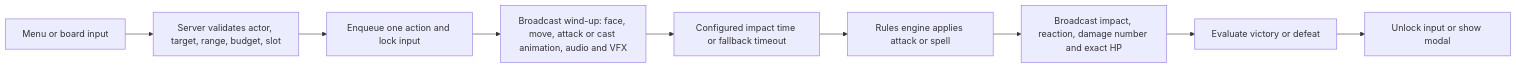
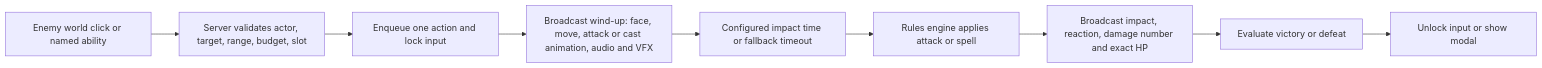
Before and after one commit to mvisanu/poolofradiance: the third of 3 diagrams in docs/combat-system.md, drawn with Mermaid. The commit also changed other lines of this file and 9 other files, not shown here.

````diff
--- a/docs/combat-system.md
+++ b/docs/combat-system.md
@@ -90,11 +89,11 @@
 ```mermaid
 flowchart LR
-    A[Menu or board input] --> B[Server validates actor, target, range, budget, slot]
+    A[Enemy world click or named ability] --> B[Server validates actor, target, range, budget, slot]
     B --> C[Enqueue one action and lock input]
     C --> D[Broadcast wind-up: face, move, attack or cast animation, audio and VFX]
     D --> E[Configured impact time or fallback timeout]
     E --> F[Rules engine applies attack or spell]
     F --> G[Broadcast impact, reaction, damage number and exact HP]
     G --> H[Evaluate victory or defeat]
     H --> I[Unlock input or show modal]
 ```
````
